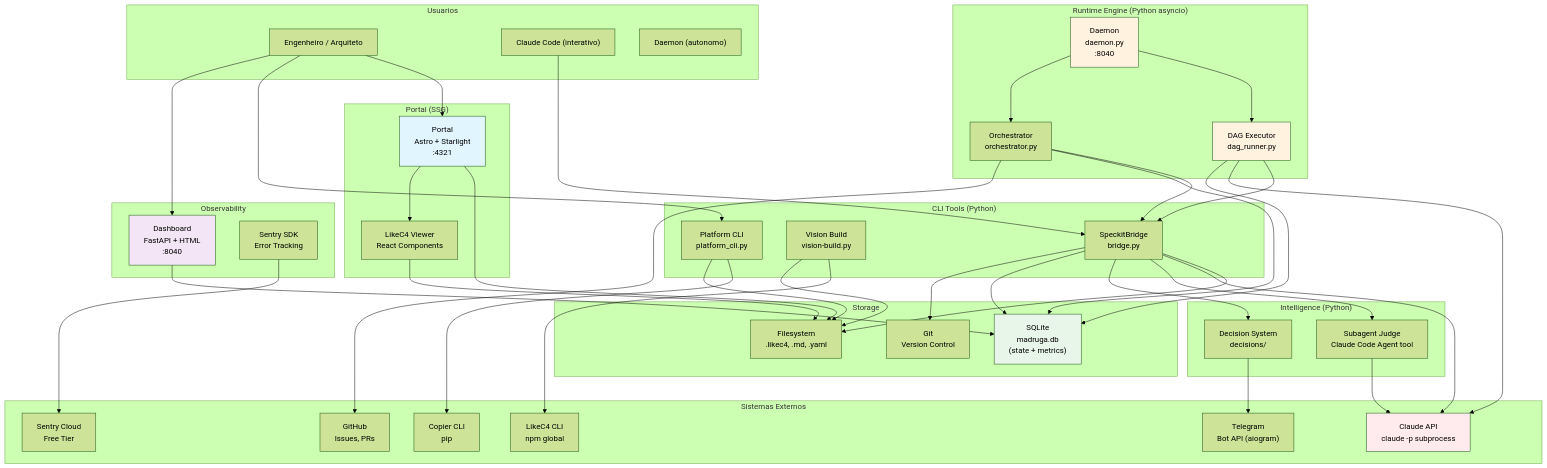
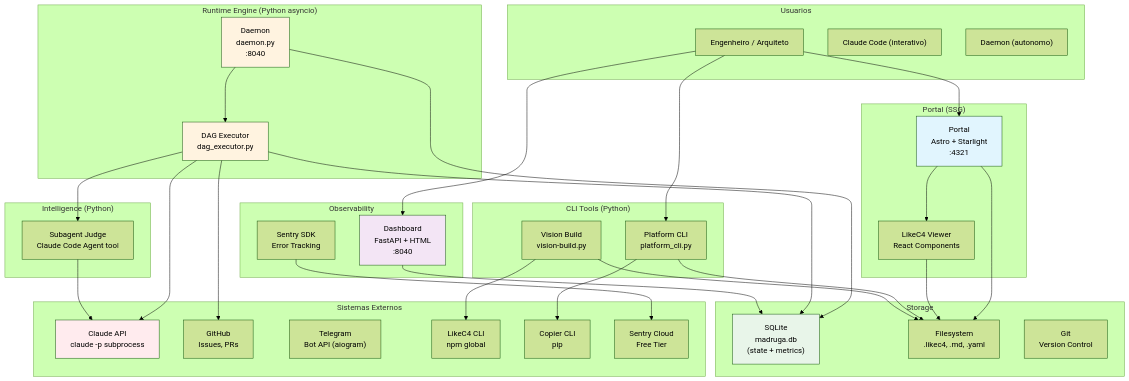
Before and after one commit to paceautomations/madruga.ai: the diagram in platforms/madruga-ai/engineering/containers.md, drawn with Mermaid (forest theme). The commit also changed other lines of this file and 63 other files, not shown here.

```diff
--- a/platforms/madruga-ai/engineering/containers.md
+++ b/platforms/madruga-ai/engineering/containers.md
@@ -24,18 +24,15 @@
     subgraph cli_tools["CLI Tools (Python)"]
         platform_cli["Platform CLI<br/>platform_cli.py"]
         vision_build["Vision Build<br/>vision-build.py"]
-        speckit_bridge["SpeckitBridge<br/>bridge.py"]
     end
 
     subgraph runtime["Runtime Engine (Python asyncio)"]
         daemon["Daemon<br/>daemon.py<br/>:8040"]
-        dag_executor["DAG Executor<br/>dag_runner.py"]
-        orchestrator["Orchestrator<br/>orchestrator.py"]
+        dag_executor["DAG Executor<br/>dag_executor.py"]
     end
 
     subgraph intelligence["Intelligence (Python)"]
         judge["Subagent Judge<br/>Claude Code Agent tool"]
-        decisions["Decision System<br/>decisions/"]
     end
 
     subgraph observability["Observability"]
@@ -61,7 +58,6 @@
     dev --> portal
     dev --> platform_cli
     dev --> dashboard
-    claude --> speckit_bridge
 
     portal --> filesystem
     portal --> likec4_viewer
@@ -71,28 +67,19 @@
     platform_cli --> filesystem
     vision_build --> likec4_cli
     vision_build --> filesystem
-    speckit_bridge --> filesystem
 
     daemon --> dag_executor
-    daemon --> orchestrator
-    dag_executor --> speckit_bridge
     dag_executor --> claude_api
-    orchestrator --> speckit_bridge
-    speckit_bridge --> claude_api
-    speckit_bridge --> judge
-    speckit_bridge --> decisions
+    dag_executor --> judge
 
     judge --> claude_api
-    decisions --> telegram
 
-    orchestrator --> sqlite
+    daemon --> sqlite
     dag_executor --> sqlite
-    speckit_bridge --> sqlite
     dashboard --> sqlite
     sentry_sdk --> sentry_cloud
 
-    orchestrator --> github
-    speckit_bridge --> git
+    dag_executor --> github
 
     style portal fill:#E1F5FE
     style daemon fill:#FFF3E0
```
